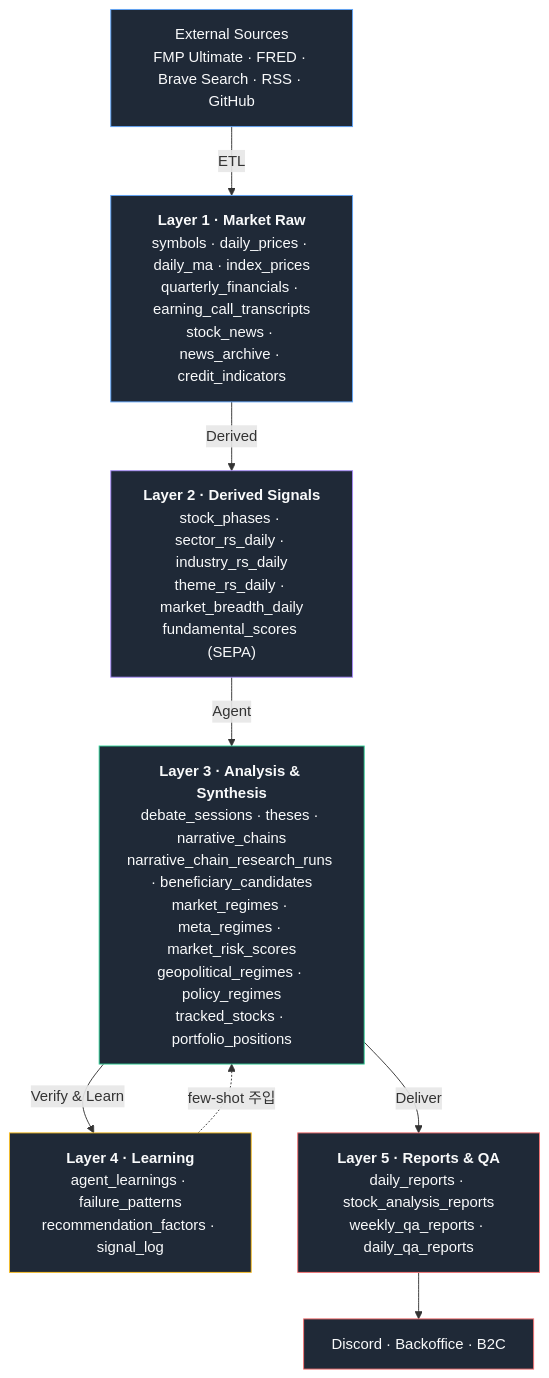
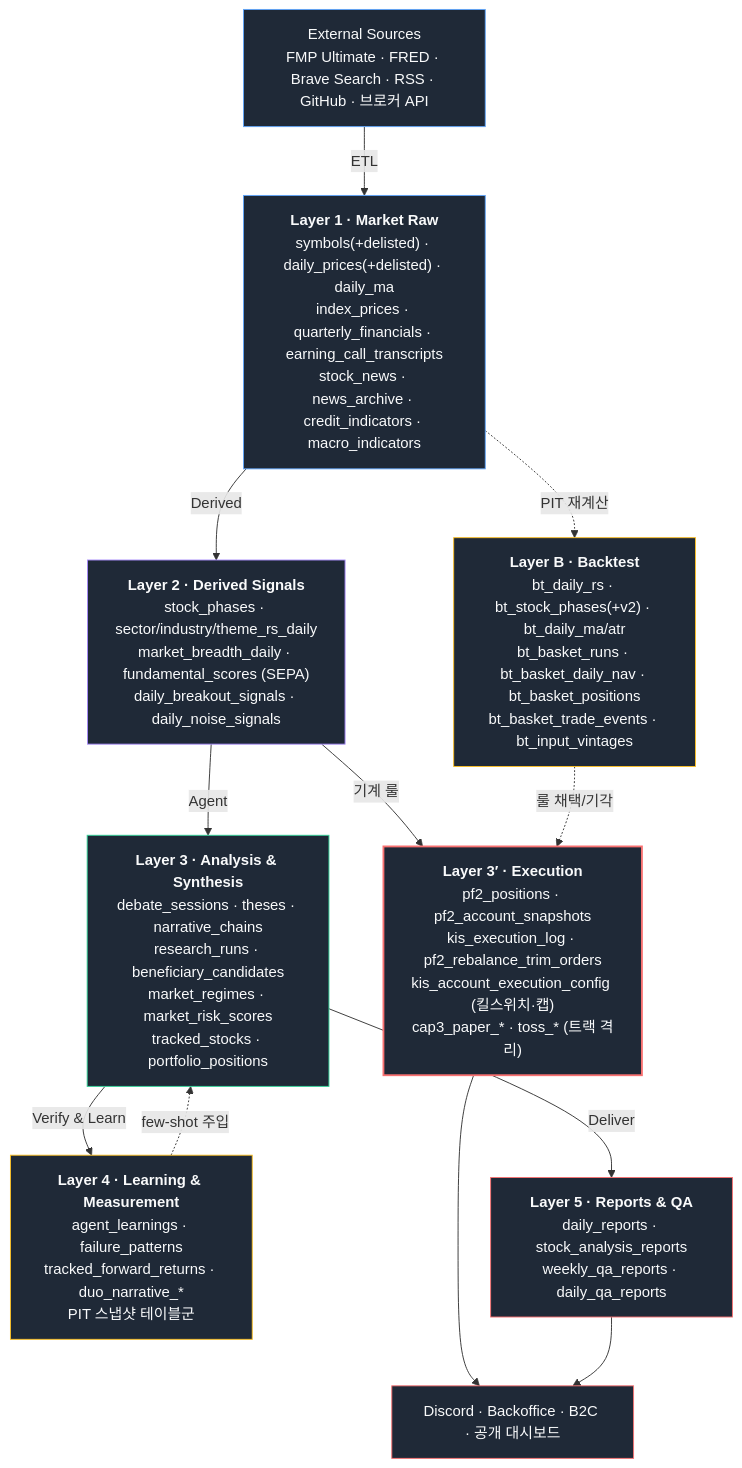
The second of 2 diagrams in docs/architecture.md (sossost/market-analyst-showcase), drawn with Mermaid before and after one commit. The commit also changed other lines of this file and 6 other files, not shown here.

````diff
--- a/docs/architecture.md
+++ b/docs/architecture.md
@@ -43,29 +46,37 @@
 ```mermaid
 flowchart TB
-    EXT["External Sources<br/>FMP Ultimate · FRED · Brave Search · RSS · GitHub"]
-    L1["<b>Layer 1 · Market Raw</b><br/>symbols · daily_prices · daily_ma · index_prices<br/>quarterly_financials · earning_call_transcripts<br/>stock_news · news_archive · credit_indicators"]
-    L2["<b>Layer 2 · Derived Signals</b><br/>stock_phases · sector_rs_daily · industry_rs_daily<br/>theme_rs_daily · market_breadth_daily<br/>fundamental_scores (SEPA)"]
-    L3["<b>Layer 3 · Analysis & Synthesis</b><br/>debate_sessions · theses · narrative_chains<br/>narrative_chain_research_runs · beneficiary_candidates<br/>market_regimes · meta_regimes · market_risk_scores<br/>geopolitical_regimes · policy_regimes<br/>tracked_stocks · portfolio_positions"]
-    L4["<b>Layer 4 · Learning</b><br/>agent_learnings · failure_patterns<br/>recommendation_factors · signal_log"]
+    EXT["External Sources<br/>FMP Ultimate · FRED · Brave Search · RSS · GitHub · 브로커 API"]
+    L1["<b>Layer 1 · Market Raw</b><br/>symbols(+delisted) · daily_prices(+delisted) · daily_ma<br/>index_prices · quarterly_financials · earning_call_transcripts<br/>stock_news · news_archive · credit_indicators · macro_indicators"]
+    L2["<b>Layer 2 · Derived Signals</b><br/>stock_phases · sector/industry/theme_rs_daily<br/>market_breadth_daily · fundamental_scores (SEPA)<br/>daily_breakout_signals · daily_noise_signals"]
+    L3["<b>Layer 3 · Analysis & Synthesis</b><br/>debate_sessions · theses · narrative_chains<br/>research_runs · beneficiary_candidates<br/>market_regimes · market_risk_scores<br/>tracked_stocks · portfolio_positions"]
+    LX["<b>Layer 3′ · Execution</b><br/>pf2_positions · pf2_account_snapshots<br/>kis_execution_log · pf2_rebalance_trim_orders<br/>kis_account_execution_config (킬스위치·캡)<br/>cap3_paper_* · toss_* (트랙 격리)"]
+    L4["<b>Layer 4 · Learning & Measurement</b><br/>agent_learnings · failure_patterns<br/>tracked_forward_returns · duo_narrative_*<br/>PIT 스냅샷 테이블군"]
+    LB["<b>Layer B · Backtest</b><br/>bt_daily_rs · bt_stock_phases(+v2) · bt_daily_ma/atr<br/>bt_basket_runs · bt_basket_daily_nav · bt_basket_positions<br/>bt_basket_trade_events · bt_input_vintages"]
     L5["<b>Layer 5 · Reports & QA</b><br/>daily_reports · stock_analysis_reports<br/>weekly_qa_reports · daily_qa_reports"]
-    OUT["Discord · Backoffice · B2C"]
+    OUT["Discord · Backoffice · B2C · 공개 대시보드"]
 
     EXT -->|ETL| L1
     L1 -->|Derived| L2
+    L2 -->|기계 룰| LX
     L2 -->|Agent| L3
+    L1 -.PIT 재계산.-> LB
+    LB -.룰 채택/기각.-> LX
     L3 -->|Verify & Learn| L4
     L4 -. few-shot 주입 .-> L3
     L3 -->|Deliver| L5
+    LX --> OUT
     L5 --> OUT
 
     classDef raw fill:#1f2937,stroke:#60a5fa,color:#f9fafb
     classDef derived fill:#1f2937,stroke:#a78bfa,color:#f9fafb
     classDef agent fill:#1f2937,stroke:#34d399,color:#f9fafb
+    classDef money fill:#1f2937,stroke:#f87171,color:#f9fafb,stroke-width:2px
     classDef learn fill:#1f2937,stroke:#fbbf24,color:#f9fafb
     classDef out fill:#1f2937,stroke:#f87171,color:#f9fafb
     class EXT,L1 raw
     class L2 derived
     class L3 agent
-    class L4 learn
+    class LX money
+    class L4,LB learn
     class L5,OUT out
 ```
````
